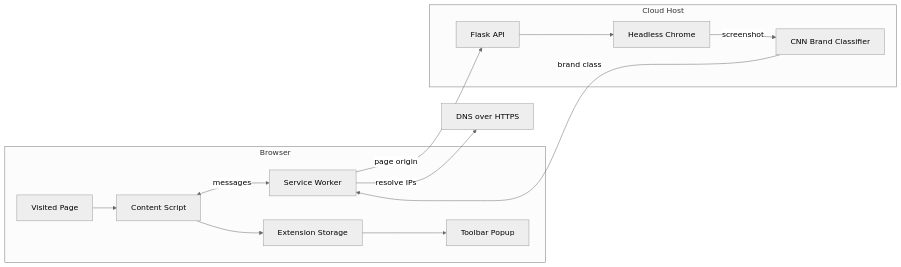
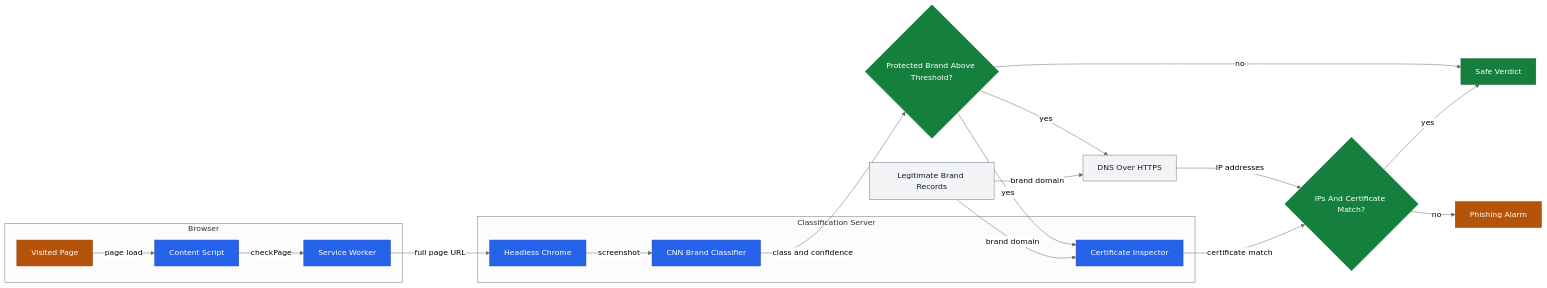
One commit to risingOnIP/phishingPrevention changed the first of 2 diagrams in README.md. Above: the diagram before and after it, drawn with Mermaid. The commit also changed other lines of this file, not shown here.

````diff
--- a/README.md
+++ b/README.md
@@ -64,17 +117,32 @@
 ```mermaid
 %%{init: {"theme": "neutral"}}%%
 flowchart LR
     subgraph browser["Browser"]
-        page["Visited Page"] --> content["Content Script"]
-        content <-->|"messages"| worker["Service Worker"]
-        content --> storage["Extension Storage"]
-        storage --> popup["Toolbar Popup"]
+        page["Visited Page"] -->|"page load"| content["Content Script"]
+        content -->|"checkPage"| worker["Service Worker"]
     end
-    subgraph cloud["Cloud Host"]
-        api["Flask API"] --> chrome["Headless Chrome"]
-        chrome -->|"screenshot"| cnn["CNN Brand Classifier"]
+    subgraph server["Classification Server"]
+        chrome["Headless Chrome"] -->|"screenshot"| cnn["CNN Brand Classifier"]
+        certs["Certificate Inspector"]
     end
-    worker -->|"page origin"| api
-    cnn -->|"brand class"| worker
-    worker -->|"resolve IPs"| dns["DNS over HTTPS"]
+    worker -->|"full page URL"| chrome
+    cnn -->|"class and confidence"| visual{"Protected Brand Above Threshold?"}
+    visual -->|"no"| safe["Safe Verdict"]
+    visual -->|"yes"| dns["DNS Over HTTPS"]
+    visual -->|"yes"| certs
+    brand["Legitimate Brand Records"] -->|"brand domain"| dns
+    brand -->|"brand domain"| certs
+    dns -->|"IP addresses"| infra{"IPs And Certificate Match?"}
+    certs -->|"certificate match"| infra
+    infra -->|"yes"| safe
+    infra -->|"no"| alarm["Phishing Alarm"]
+    classDef core fill:#2563EB,stroke:#1E40AF,color:#FFFFFF
+    classDef guard fill:#15803D,stroke:#166534,color:#FFFFFF
+    classDef threat fill:#B45309,stroke:#92400E,color:#FFFFFF
+    classDef infra fill:#374151,stroke:#111827,color:#FFFFFF
+    classDef external fill:#F3F4F6,stroke:#6B7280,color:#111827
+    class content,worker,chrome,cnn,certs core
+    class visual,infra,safe guard
+    class page,alarm threat
+    class dns,brand external
 ```
````
